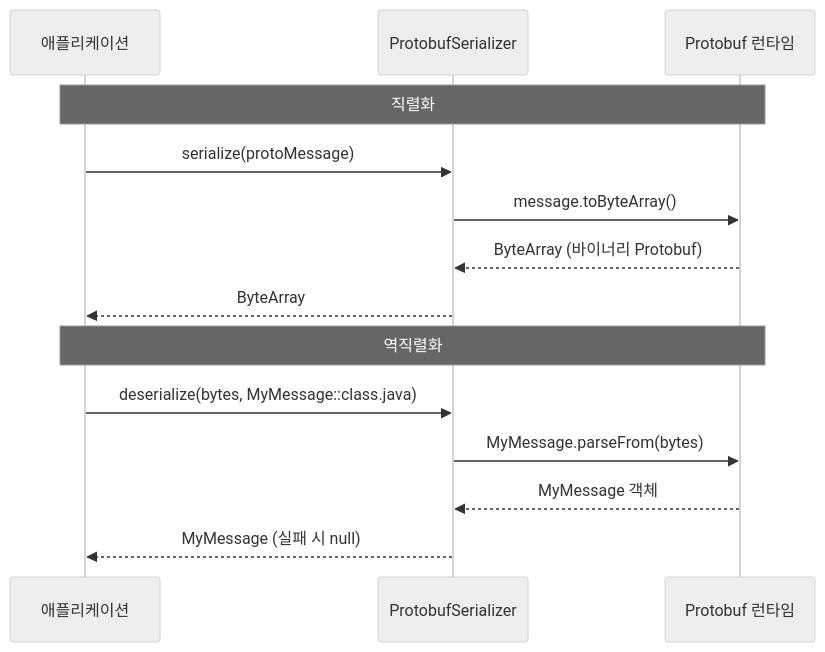
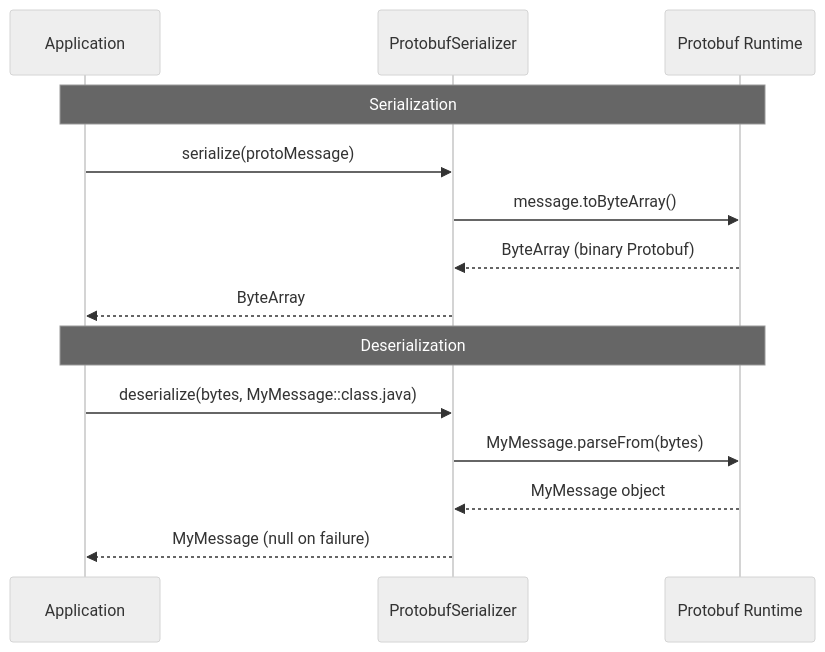
One commit to bluetape4k/bluetape4k-projects changed the third of 3 diagrams in io/protobuf/README.md. Above: the diagram before and after it, drawn with Mermaid (neutral theme). The commit also changed other lines of this file and 265 other files, not shown here.

````diff
--- a/io/protobuf/README.md
+++ b/io/protobuf/README.md
@@ -201,18 +203,18 @@
 ```mermaid
 sequenceDiagram
-    participant 앱 as 애플리케이션
+    participant App as Application
     participant S as ProtobufSerializer
-    participant P as Protobuf 런타임
+    participant P as Protobuf Runtime
 
-    Note over 앱,P: 직렬화
-    앱->>S: serialize(protoMessage)
+    Note over App,P: Serialization
+    App->>S: serialize(protoMessage)
     S->>P: message.toByteArray()
-    P-->>S: ByteArray (바이너리 Protobuf)
-    S-->>앱: ByteArray
+    P-->>S: ByteArray (binary Protobuf)
+    S-->>App: ByteArray
 
-    Note over 앱,P: 역직렬화
-    앱->>S: deserialize(bytes, MyMessage::class.java)
+    Note over App,P: Deserialization
+    App->>S: deserialize(bytes, MyMessage::class.java)
     S->>P: MyMessage.parseFrom(bytes)
-    P-->>S: MyMessage 객체
-    S-->>앱: MyMessage (실패 시 null)
+    P-->>S: MyMessage object
+    S-->>App: MyMessage (null on failure)
 ```
````
